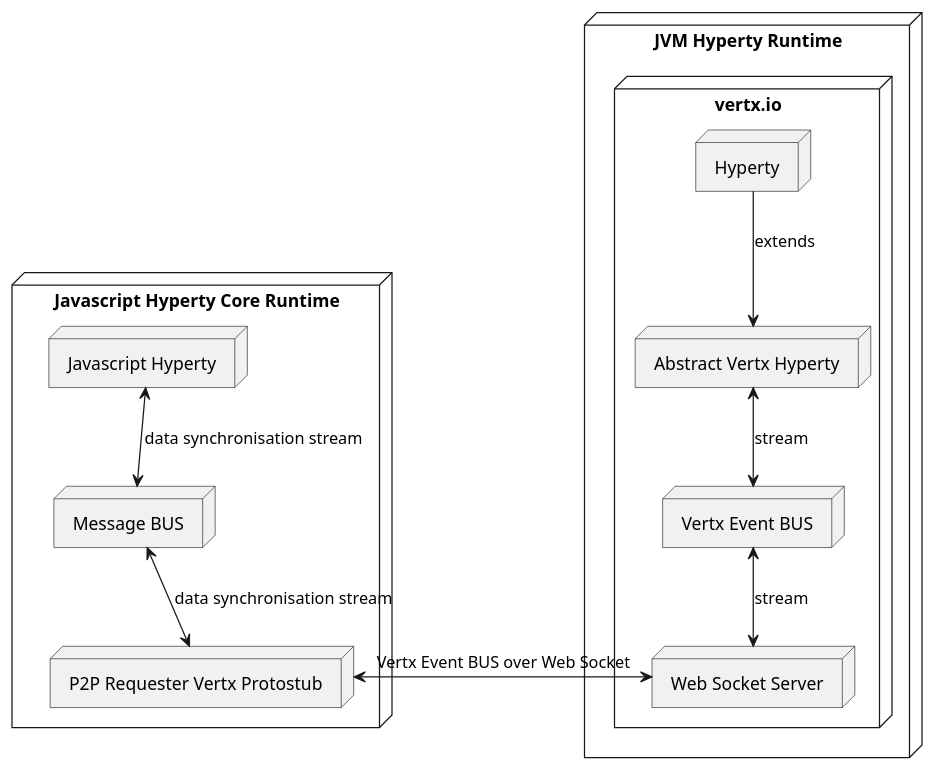
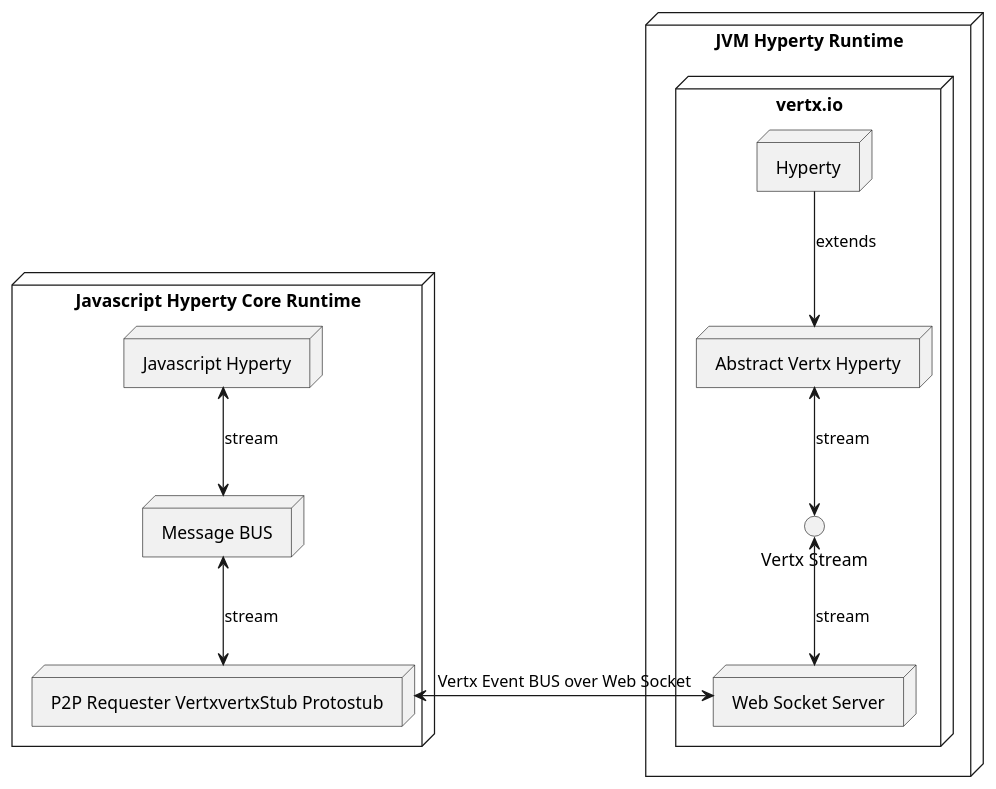
One commit to reTHINK-project/dev-java-hyperty changed the diagram in docs/jvm-abstract-hyperty.plantuml. Above: the diagram before and after it, drawn with PlantUML. The commit also changed 26 other files, not shown here.

```diff
--- a/docs/jvm-abstract-hyperty.plantuml
+++ b/docs/jvm-abstract-hyperty.plantuml
@@ -1,37 +1,37 @@
 @startuml
 
 node "JVM Hyperty Runtime" {
   node  vertx.io {
 
     node "Abstract Vertx Hyperty" as vertxHy
 
     node "Hyperty" as hy
 
-    node "Vertx Event BUS" as eb
+    interface "Vertx Stream" as stream
 
     node "Web Socket Server" as wss
   }
 
 }
 
 node "Javascript Hyperty Core Runtime" as node {
   node "Javascript Hyperty" as jsHy
 
   node "Message BUS" as bus
 
-  node "P2P Requester Vertx Protostub" as vertxStub
+  node "P2P Requester VertxvertxStub Protostub" as vertxStub
 }
 
 hy -down-> vertxHy : extends
 
-vertxHy <-down-> eb : stream
+vertxHy <-down-> stream : stream
 
-eb <-down-> wss : stream
+stream <-down-> wss : stream
 
 wss <-left-> vertxStub : Vertx Event BUS over Web Socket
 
-vertxStub <-up-> bus : data synchronisation stream
+bus <-up-> jsHy : stream
 
-bus <-up-> jsHy : data synchronisation stream
+vertxStub <-up-> bus : stream
 
 @enduml
```
